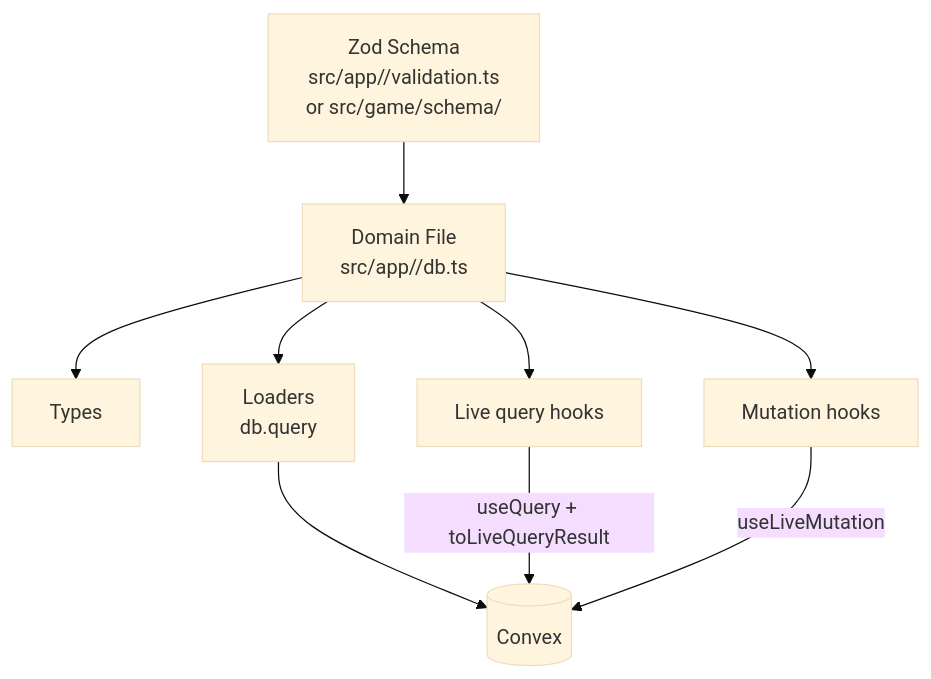
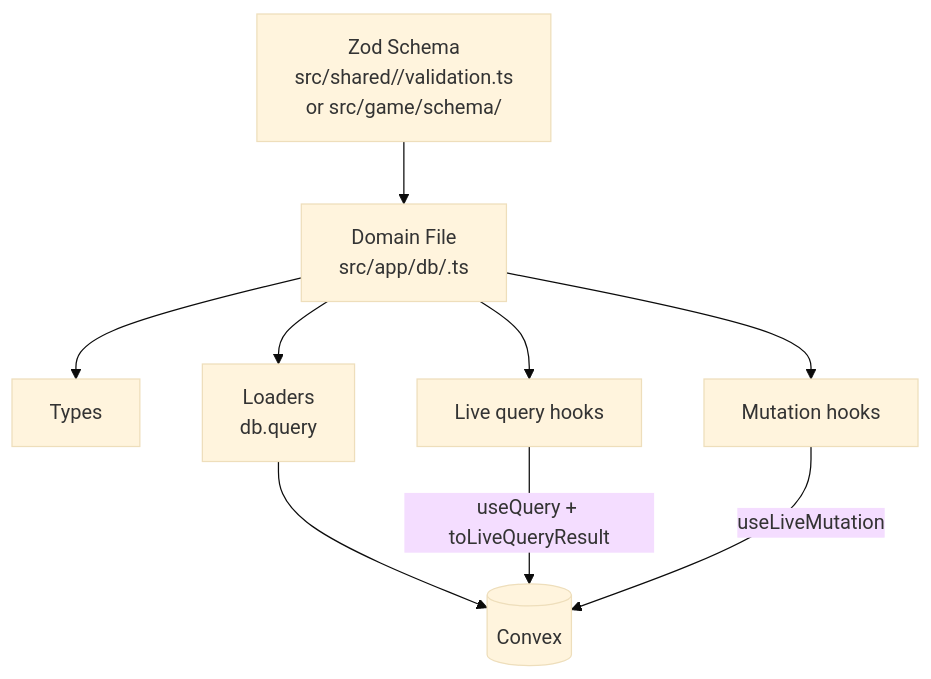
The diagram in docs/data-layer.md (ndelangen/dunezone), drawn with Mermaid (base theme) before and after one commit. The commit also changed other lines of this file and 25 other files, not shown here.

````diff
--- a/docs/data-layer.md
+++ b/docs/data-layer.md
@@ -5,11 +5,11 @@
 ```mermaid
 flowchart TD
-    Schema[Zod Schema<br/>src/app/<domain>/validation.ts<br/>or src/game/schema/] --> DomainFile[Domain File<br/>src/app/<domain>/db.ts]
+    Schema[Zod Schema<br/>src/shared/<domain>/validation.ts<br/>or src/game/schema/] --> DomainFile[Domain File<br/>src/app/db/<domain>.ts]
     DomainFile --> Types[Types]
     DomainFile --> Loaders[Loaders<br/>db.query]
     DomainFile --> Queries[Live query hooks]
     DomainFile --> Mutations[Mutation hooks]
     Loaders --> Convex[(Convex)]
     Queries -->|useQuery + toLiveQueryResult| Convex
     Mutations -->|useLiveMutation| Convex
 ```
````
